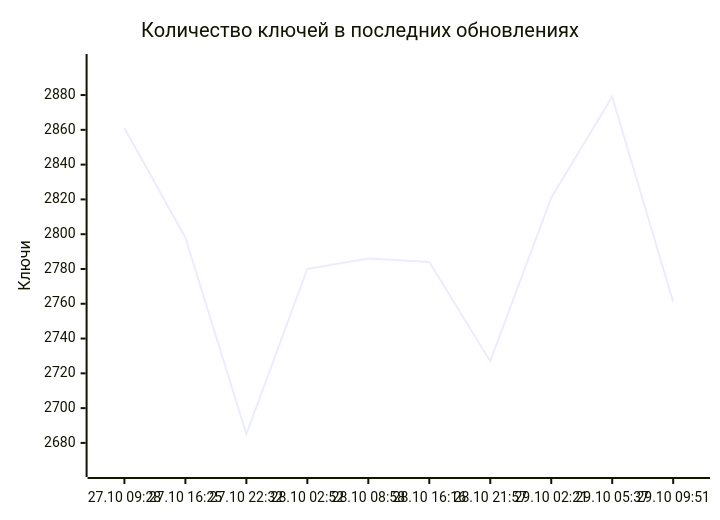
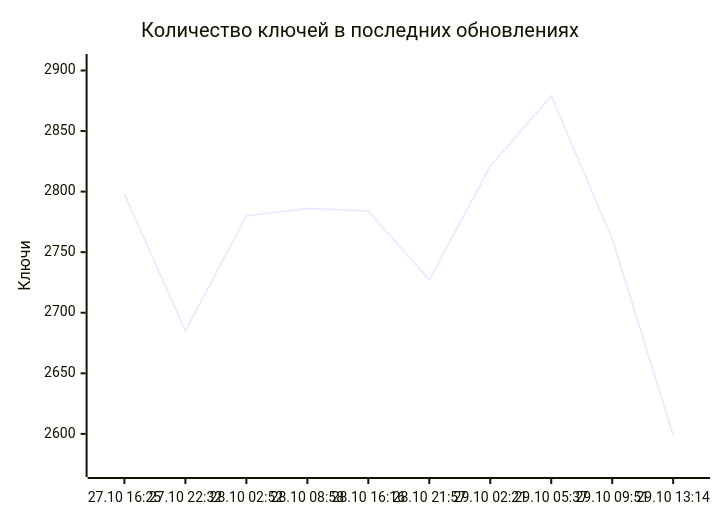
One commit to markKikhtenko/WireVeil changed the diagram in README.md. Above: the diagram before and after it, drawn with Mermaid. The commit also changed other lines of this file and 12 other files, not shown here.

````diff
--- a/README.md
+++ b/README.md
@@ -55,7 +55,7 @@
 ```mermaid
 xychart-beta
     title "Количество ключей в последних обновлениях"
-    x-axis ["27.10 09:28", "27.10 16:25", "27.10 22:32", "28.10 02:52", "28.10 08:58", "28.10 16:16", "28.10 21:57", "29.10 02:21", "29.10 05:37", "29.10 09:51"]
-    y-axis "Ключи" 2665 --> 2899
-    line [2861, 2798, 2685, 2780, 2786, 2784, 2727, 2821, 2879, 2761]
+    x-axis ["27.10 16:25", "27.10 22:32", "28.10 02:52", "28.10 08:58", "28.10 16:16", "28.10 21:57", "29.10 02:21", "29.10 05:37", "29.10 09:51", "29.10 13:14"]
+    y-axis "Ключи" 2571 --> 2907
+    line [2798, 2685, 2780, 2786, 2784, 2727, 2821, 2879, 2761, 2599]
 ```
````
